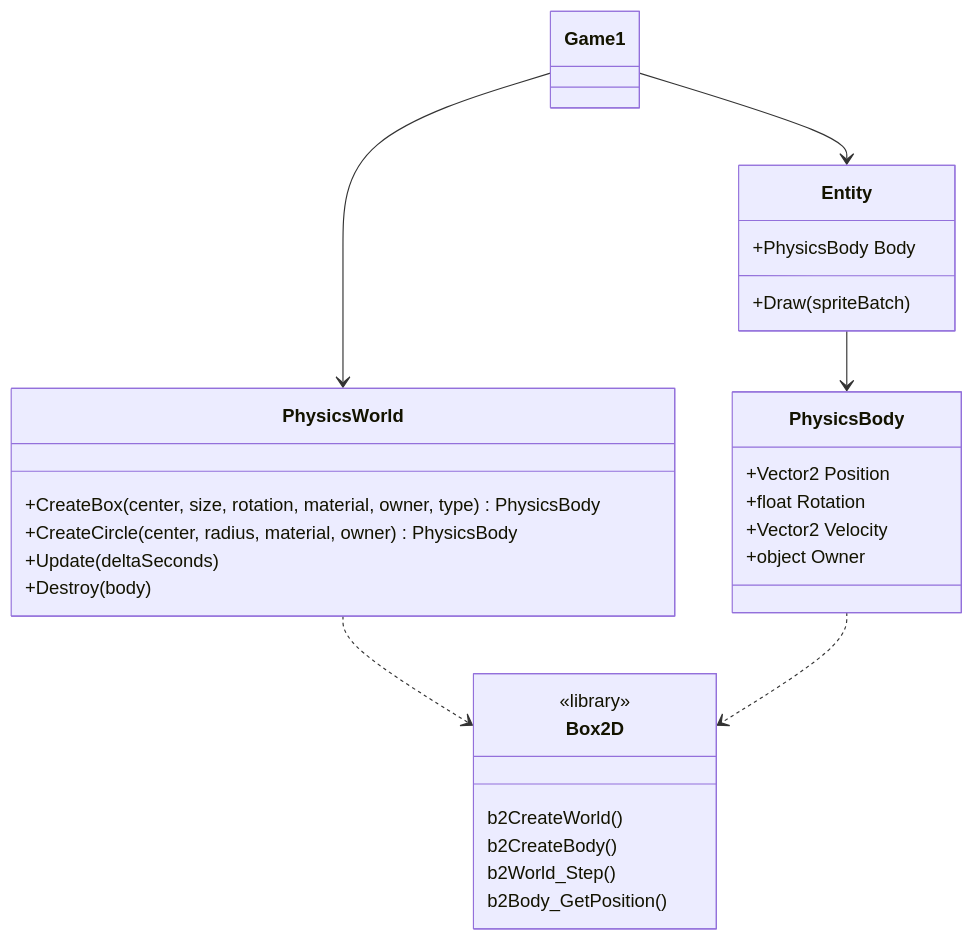
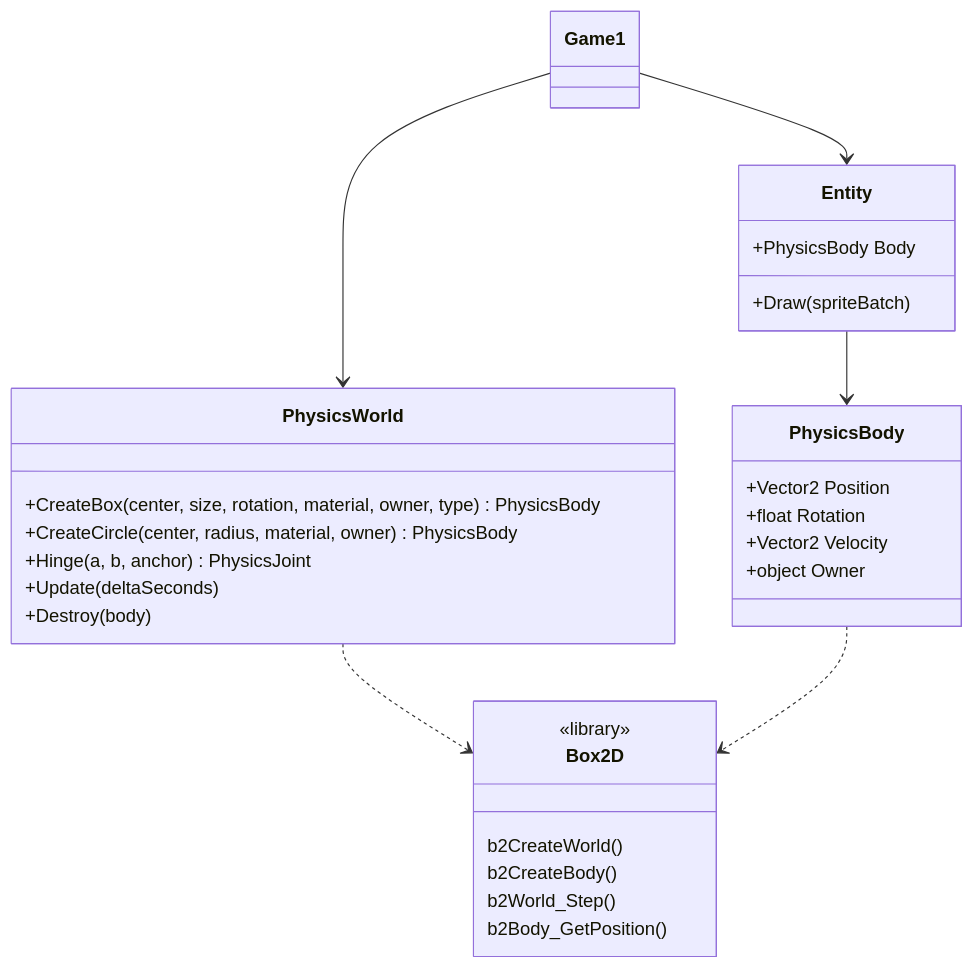
The first of 2 diagrams in src/content/docs/sessions/07-angry-birds.md (Metamate/gar), drawn with Mermaid before and after one commit. The commit also changed other lines of this file and 2 other files, not shown here.

First line of the commit message:
Session 07: joints in the physics samples, on the site and in the deck; recorder keys 4 to 6

````diff
--- a/src/content/docs/sessions/07-angry-birds.md
+++ b/src/content/docs/sessions/07-angry-birds.md
@@ -130,32 +137,33 @@
 ```mermaid
 classDiagram
     class Game1
     class Entity {
         +PhysicsBody Body
         +Draw(spriteBatch)
     }
     class PhysicsWorld {
         +CreateBox(center, size, rotation, material, owner, type) PhysicsBody
         +CreateCircle(center, radius, material, owner) PhysicsBody
+        +Hinge(a, b, anchor) PhysicsJoint
         +Update(deltaSeconds)
         +Destroy(body)
     }
     class PhysicsBody {
         +Vector2 Position
         +float Rotation
         +Vector2 Velocity
         +object Owner
     }
     class Box2D {
         <<library>>
         b2CreateWorld()
         b2CreateBody()
         b2World_Step()
         b2Body_GetPosition()
     }
     Game1 --> PhysicsWorld
     Game1 --> Entity
     Entity --> PhysicsBody
     PhysicsWorld ..> Box2D
     PhysicsBody ..> Box2D
 ```
````
